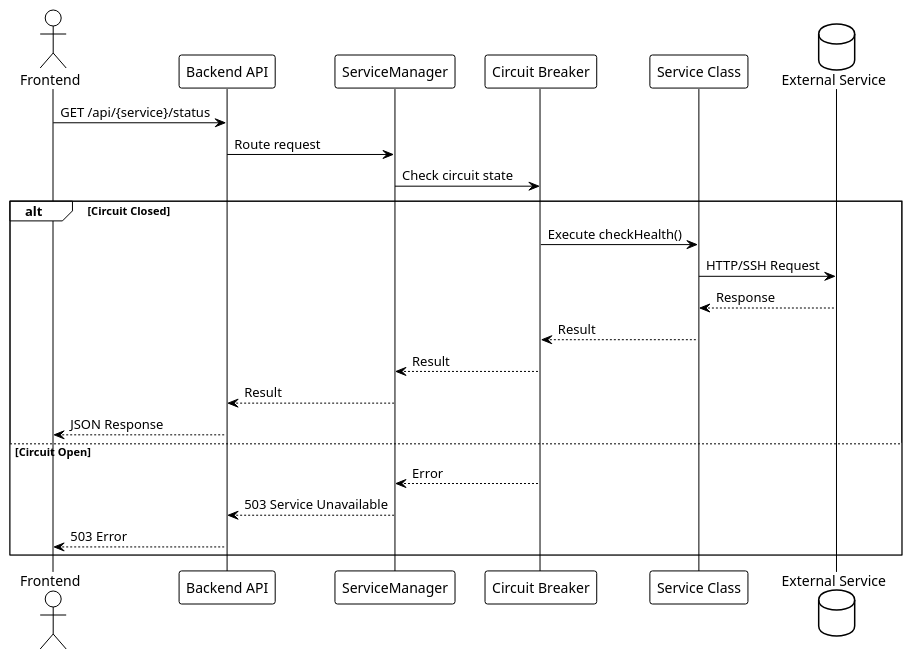
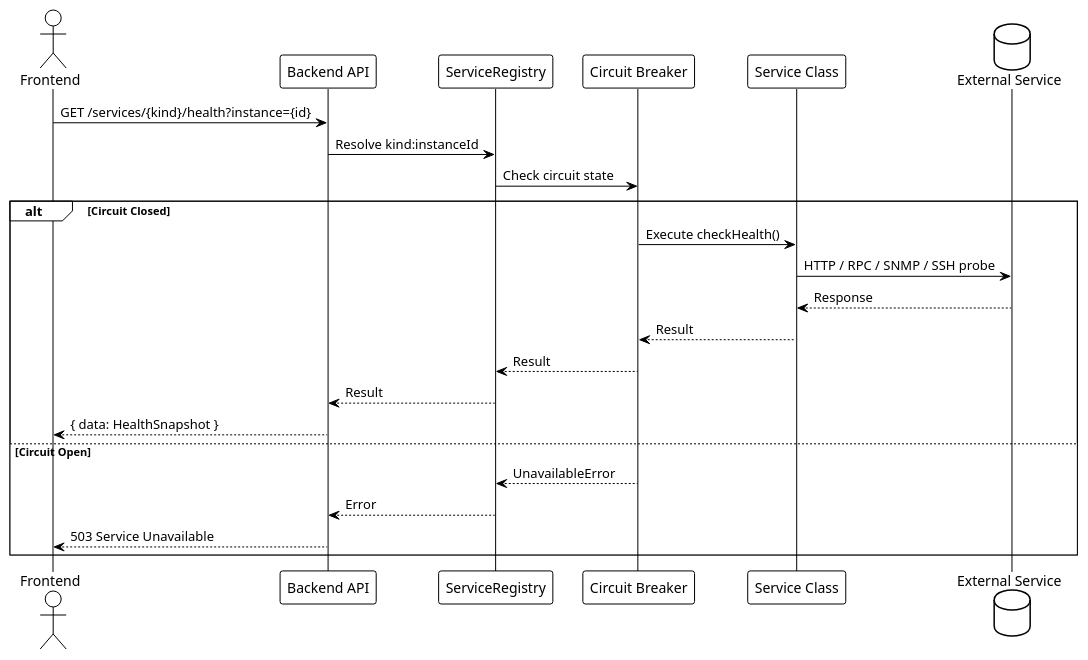
Before and after one commit to EraPartner/Watchman: the second of 3 diagrams in docs/integrations/index.md, drawn with PlantUML. The commit also changed other lines of this file and 30 other files, not shown here.

First line of the commit message:
docs: sync service integration, setup, and architecture docs with code

````diff
--- a/docs/integrations/index.md
+++ b/docs/integrations/index.md
@@ -141,32 +157,32 @@
 ```plantuml
 @startuml
 !theme plain
 
 actor "Frontend" as FE
 participant "Backend API" as API
-participant "ServiceManager" as SM
+participant "ServiceRegistry" as SR
 participant "Circuit Breaker" as CB
 participant "Service Class" as Svc
 database "External Service" as Ext
 
-FE -> API : GET /api/{service}/status
-API -> SM : Route request
+FE -> API : GET /services/{kind}/health?instance={id}
+API -> SR : Resolve kind:instanceId
 
-SM -> CB : Check circuit state
+SR -> CB : Check circuit state
 
 alt Circuit Closed
     CB -> Svc : Execute checkHealth()
-    Svc -> Ext : HTTP/SSH Request
+    Svc -> Ext : HTTP / RPC / SNMP / SSH probe
     Ext --> Svc : Response
     Svc --> CB : Result
-    CB --> SM : Result
-    SM --> API : Result
-    API --> FE : JSON Response
+    CB --> SR : Result
+    SR --> API : Result
+    API --> FE : { data: HealthSnapshot }
 
 else Circuit Open
-    CB --> SM : Error
-    SM --> API : 503 Service Unavailable
-    API --> FE : 503 Error
+    CB --> SR : UnavailableError
+    SR --> API : Error
+    API --> FE : 503 Service Unavailable
 end
 @enduml
 ```
````
